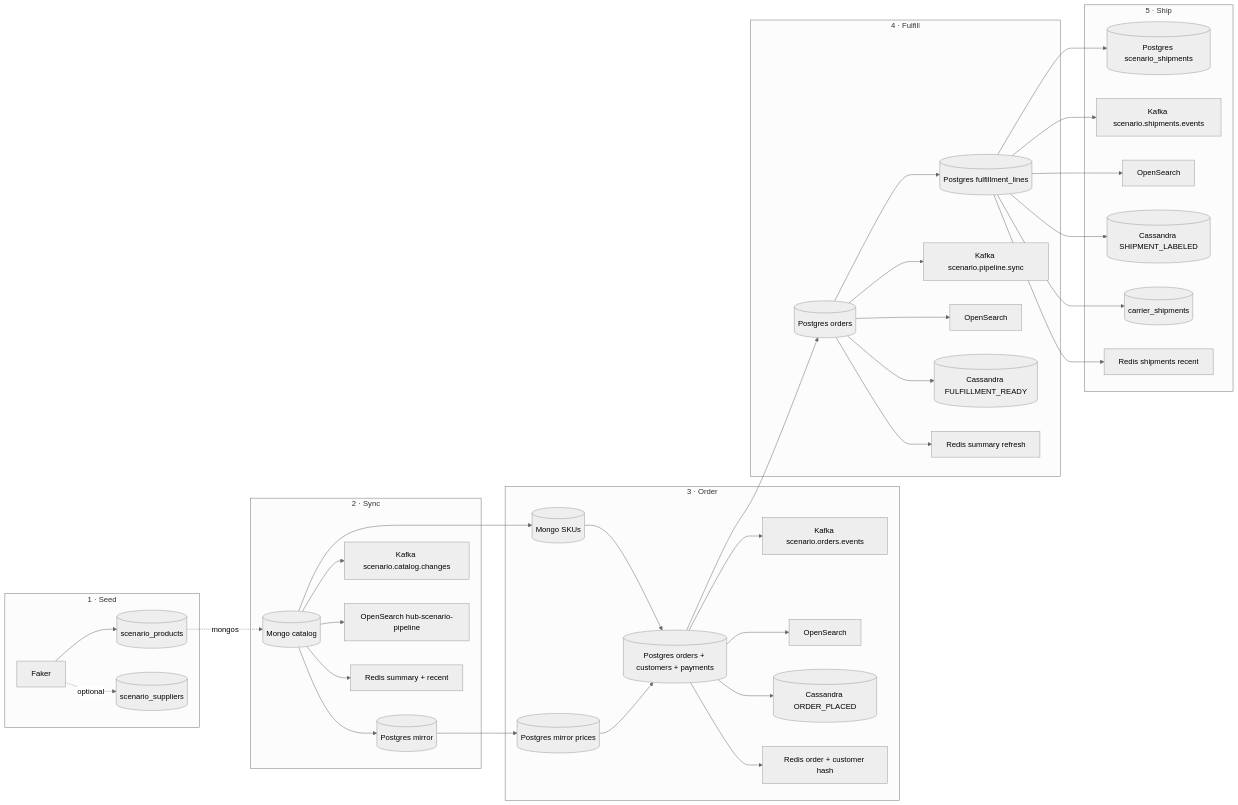
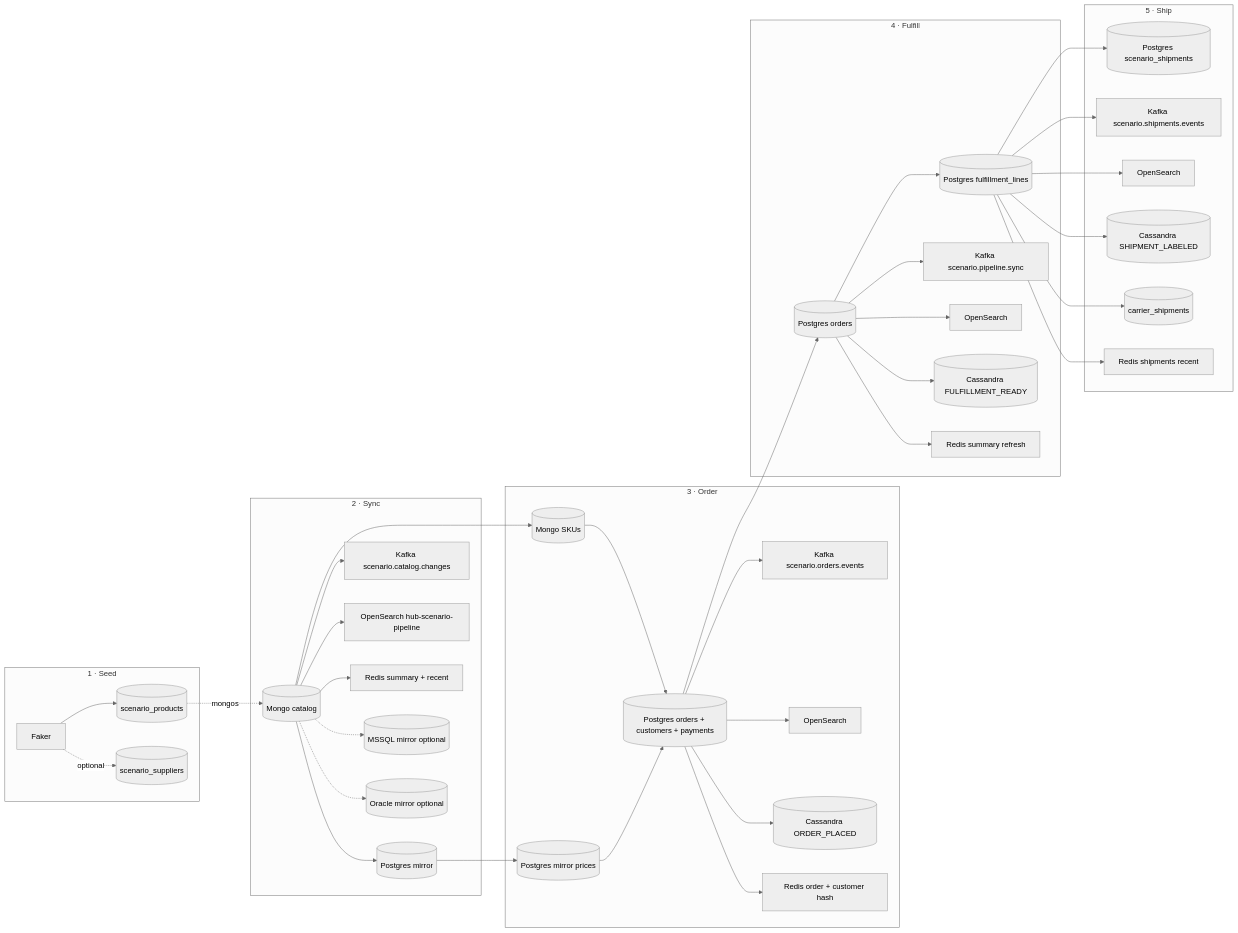
The first of 2 diagrams in mcac-demo-hub/dashboards/demo/deploy/docker/realtime-orders-search-hub/README-SCENARIO-FLOW.md (daksh17/cassandra_testing), drawn with Mermaid (neutral theme) before and after one commit. The commit also changed other lines of this file and 60 other files, not shown here.

````diff
--- a/mcac-demo-hub/dashboards/demo/deploy/docker/realtime-orders-search-hub/README-SCENARIO-FLOW.md
+++ b/mcac-demo-hub/dashboards/demo/deploy/docker/realtime-orders-search-hub/README-SCENARIO-FLOW.md
@@ -127,45 +129,47 @@
 ```mermaid
 flowchart LR
   subgraph s1 [1 · Seed]
     F[Faker] --> M[(scenario_products)]
     F -. optional .-> SUP[(scenario_suppliers)]
   end
 
   subgraph s2 [2 · Sync]
     M2[(Mongo catalog)] --> PG1[(Postgres mirror)]
     M2 --> K1[Kafka scenario.catalog.changes]
     M2 --> OS1[OpenSearch hub-scenario-pipeline]
     M2 --> R1[Redis summary + recent]
+    M2 -.-> MS1[(MSSQL mirror optional)]
+    M2 -.-> O1[(Oracle mirror optional)]
   end
 
   subgraph s3 [3 · Order]
     M3[(Mongo SKUs)] --> PGO[(Postgres orders + customers + payments)]
     PGm[(Postgres mirror prices)] --> PGO
     PGO --> K2[Kafka scenario.orders.events]
     PGO --> OS2[OpenSearch]
     PGO --> CA1[(Cassandra ORDER_PLACED)]
     PGO --> R2[Redis order + customer hash]
   end
 
   subgraph s4 [4 · Fulfill]
     PGF[(Postgres orders)] --> PGL[(Postgres fulfillment_lines)]
     PGF --> K3[Kafka scenario.pipeline.sync]
     PGF --> OS3[OpenSearch]
     PGF --> CA2[(Cassandra FULFILLMENT_READY)]
     PGF --> R3[Redis summary refresh]
   end
 
   subgraph s5 [5 · Ship]
     PGL --> SH[(Postgres scenario_shipments)]
     PGL --> K4[Kafka scenario.shipments.events]
     PGL --> OS4[OpenSearch]
     PGL --> CA3[(Cassandra SHIPMENT_LABELED)]
     PGL --> CS[(carrier_shipments)]
     PGL --> R4[Redis shipments recent]
   end
 
   M -.->|mongos| M2
   M2 --> M3
   PG1 --> PGm
   PGO --> PGF
 ```
````
